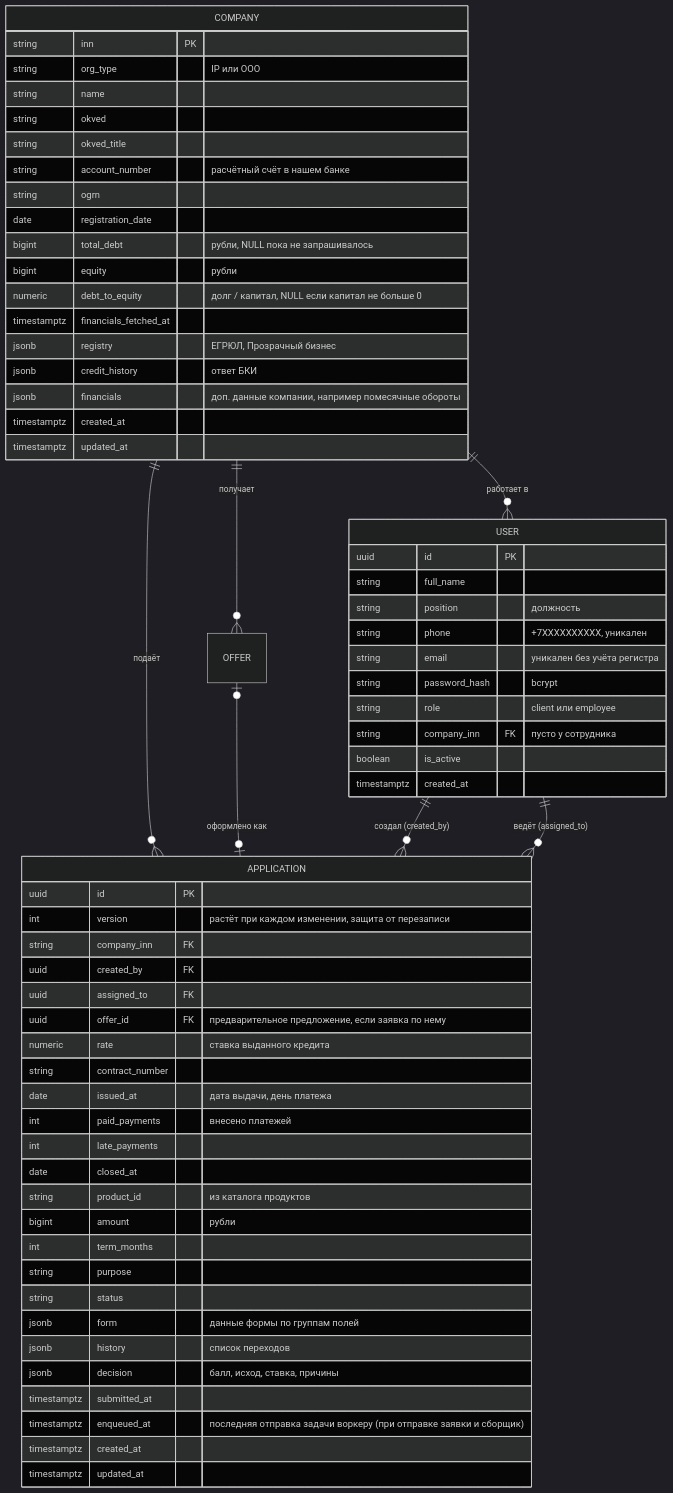
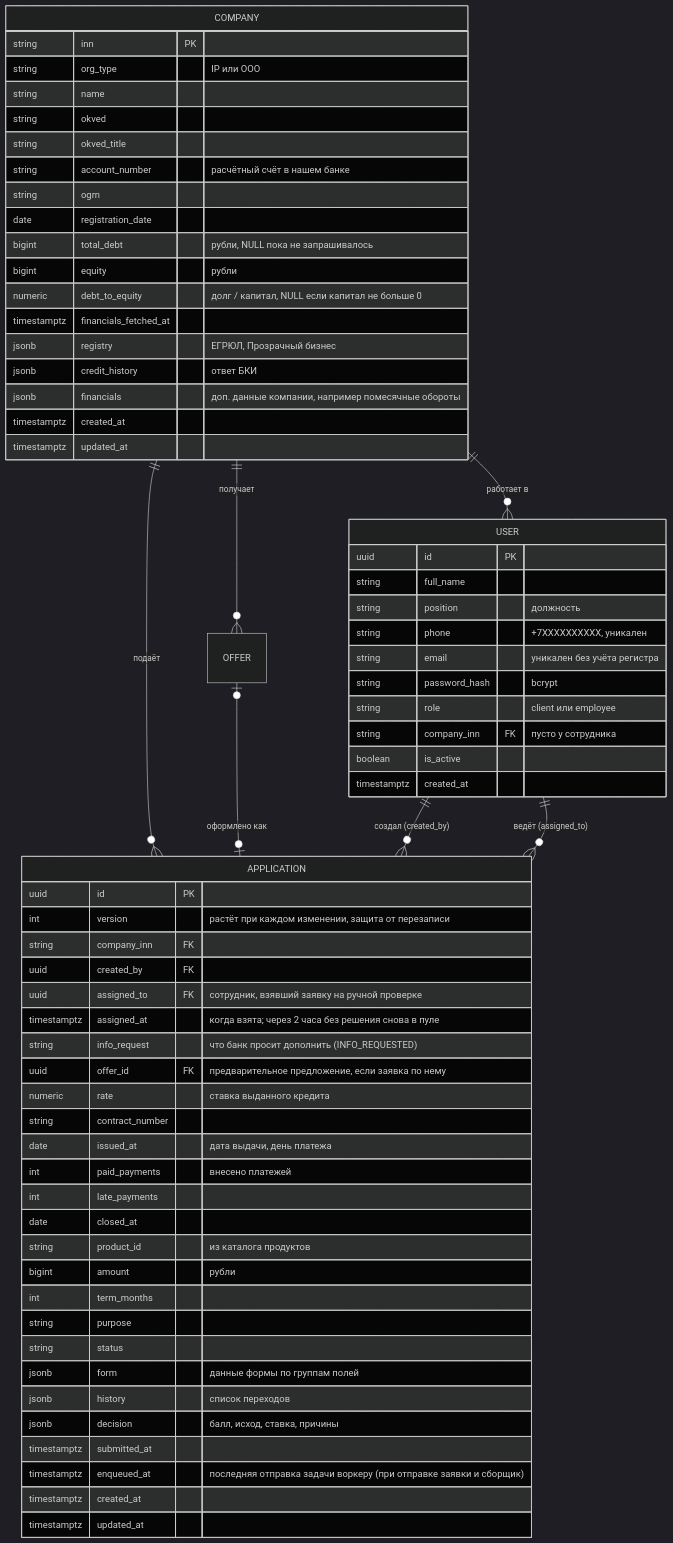
Before and after one commit to rudast/alpha-hack-2026: the diagram in docs/data-model.md, drawn with Mermaid (dark theme). The commit also changed 19 other files, not shown here.

````diff
--- a/docs/data-model.md
+++ b/docs/data-model.md
@@ -6,67 +6,69 @@
 ```mermaid
 erDiagram
     COMPANY ||--o{ USER : "работает в"
     COMPANY ||--o{ APPLICATION : "подаёт"
     COMPANY ||--o{ OFFER : "получает"
     OFFER |o--o| APPLICATION : "оформлено как"
     USER ||--o{ APPLICATION : "создал (created_by)"
     USER ||--o{ APPLICATION : "ведёт (assigned_to)"
 
     COMPANY {
         string inn PK
         string org_type "IP или OOO"
         string name
         string okved
         string okved_title
         string account_number "расчётный счёт в нашем банке"
         string ogrn
         date registration_date
         bigint total_debt "рубли, NULL пока не запрашивалось"
         bigint equity "рубли"
         numeric debt_to_equity "долг / капитал, NULL если капитал не больше 0"
         timestamptz financials_fetched_at
         jsonb registry "ЕГРЮЛ, Прозрачный бизнес"
         jsonb credit_history "ответ БКИ"
         jsonb financials "доп. данные компании, например помесячные обороты"
         timestamptz created_at
         timestamptz updated_at
     }
     USER {
         uuid id PK
         string full_name
         string position "должность"
         string phone "+7XXXXXXXXXX, уникален"
         string email "уникален без учёта регистра"
         string password_hash "bcrypt"
         string role "client или employee"
         string company_inn FK "пусто у сотрудника"
         boolean is_active
         timestamptz created_at
     }
     APPLICATION {
         uuid id PK
         int version "растёт при каждом изменении, защита от перезаписи"
         string company_inn FK
         uuid created_by FK
-        uuid assigned_to FK
+        uuid assigned_to FK "сотрудник, взявший заявку на ручной проверке"
+        timestamptz assigned_at "когда взята; через 2 часа без решения снова в пуле"
+        string info_request "что банк просит дополнить (INFO_REQUESTED)"
         uuid offer_id FK "предварительное предложение, если заявка по нему"
         numeric rate "ставка выданного кредита"
         string contract_number
         date issued_at "дата выдачи, день платежа"
         int paid_payments "внесено платежей"
         int late_payments
         date closed_at
         string product_id "из каталога продуктов"
         bigint amount "рубли"
         int term_months
         string purpose
         string status
         jsonb form "данные формы по группам полей"
         jsonb history "список переходов"
         jsonb decision "балл, исход, ставка, причины"
         timestamptz submitted_at
         timestamptz enqueued_at "последняя отправка задачи воркеру (при отправке заявки и сборщик)"
         timestamptz created_at
         timestamptz updated_at
     }
 ```
````
